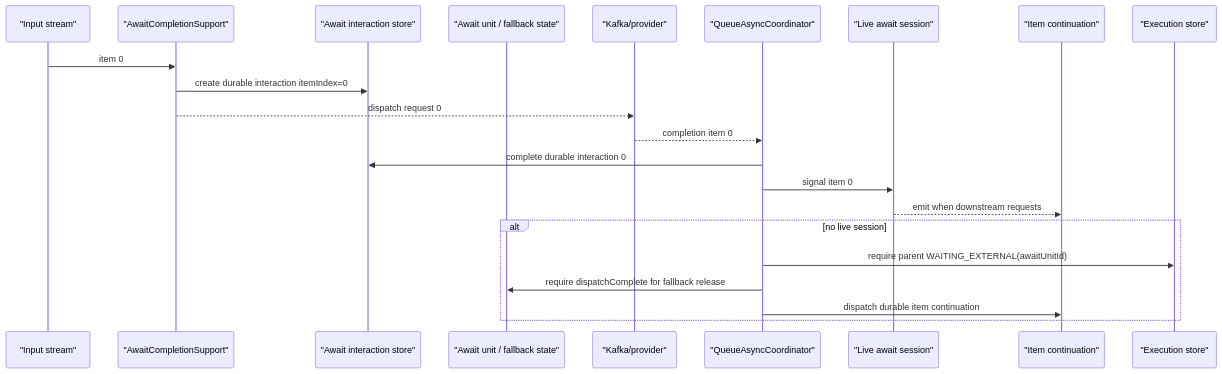
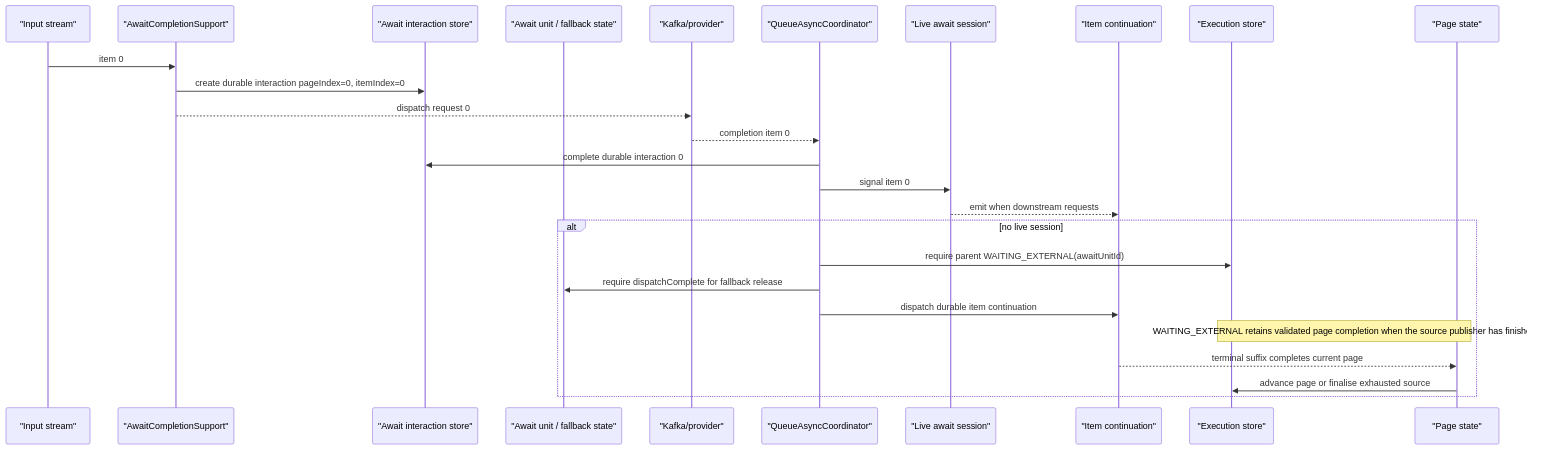
One commit to The-Pipeline-Framework/pipelineframework changed the diagram in docs/deploy/orchestrator-runtime/await.md. Above: the diagram before and after it, drawn with Mermaid. The commit also changed other lines of this file and 8 other files, not shown here.

````diff
--- a/docs/deploy/orchestrator-runtime/await.md
+++ b/docs/deploy/orchestrator-runtime/await.md
@@ -66,26 +67,30 @@
 ```mermaid
 sequenceDiagram
     participant Input as "Input stream"
     participant Await as "AwaitCompletionSupport"
     participant Interaction as "Await interaction store"
     participant Unit as "Await unit / fallback state"
     participant Kafka as "Kafka/provider"
     participant Queue as "QueueAsyncCoordinator"
     participant Live as "Live await session"
     participant Status as "Item continuation"
     participant Exec as "Execution store"
+    participant Page as "Page state"
 
     Input->>Await: item 0
-    Await->>Interaction: create durable interaction itemIndex=0
+    Await->>Interaction: create durable interaction pageIndex=0, itemIndex=0
     Await-->>Kafka: dispatch request 0
     Kafka-->>Queue: completion item 0
     Queue->>Interaction: complete durable interaction 0
     Queue->>Live: signal item 0
     Live-->>Status: emit when downstream requests
 
     alt no live session
       Queue->>Exec: require parent WAITING_EXTERNAL(awaitUnitId)
       Queue->>Unit: require dispatchComplete for fallback release
       Queue->>Status: dispatch durable item continuation
+      Note over Exec,Page: WAITING_EXTERNAL retains validated page completion when the source publisher has finished
+      Status-->>Page: terminal suffix completes current page
+      Page->>Exec: advance page or finalise exhausted source
     end
 ```
````
